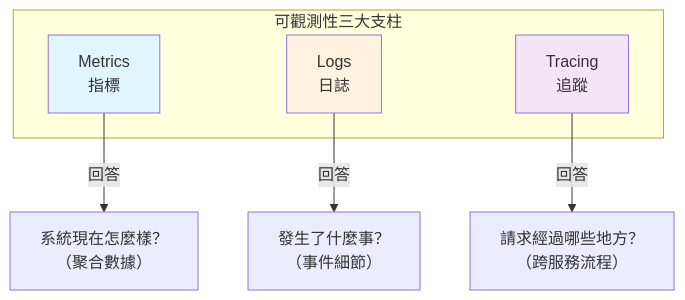
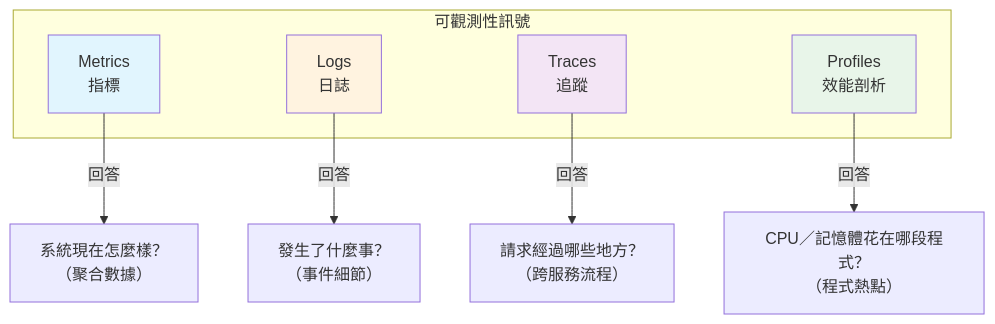
The first of 19 diagrams in content/posts/教學/工具/Logs Visualization教學手冊.md (chihhung/Blog), drawn with Mermaid before and after one commit. The commit also changed other lines of this file and 8 other files, not shown here.

````diff
--- a/content/posts/教學/工具/Logs Visualization教學手冊.md
+++ b/content/posts/教學/工具/Logs Visualization教學手冊.md
@@ -117,16 +194,19 @@
 ```mermaid
 graph TB
-    subgraph "可觀測性三大支柱"
+    subgraph "可觀測性訊號"
         M[Metrics<br/>指標]
         L[Logs<br/>日誌]
-        T[Tracing<br/>追蹤]
+        T[Traces<br/>追蹤]
+        P[Profiles<br/>效能剖析]
     end
-    
+
     M -->|"回答"| Q1["系統現在怎麼樣？<br/>（聚合數據）"]
     L -->|"回答"| Q2["發生了什麼事？<br/>（事件細節）"]
     T -->|"回答"| Q3["請求經過哪些地方？<br/>（跨服務流程）"]
-    
+    P -->|"回答"| Q4["CPU／記憶體花在哪段程式？<br/>（程式熱點）"]
+
     style M fill:#e1f5fe
     style L fill:#fff3e0
     style T fill:#f3e5f5
+    style P fill:#e8f5e9
 ```
````
